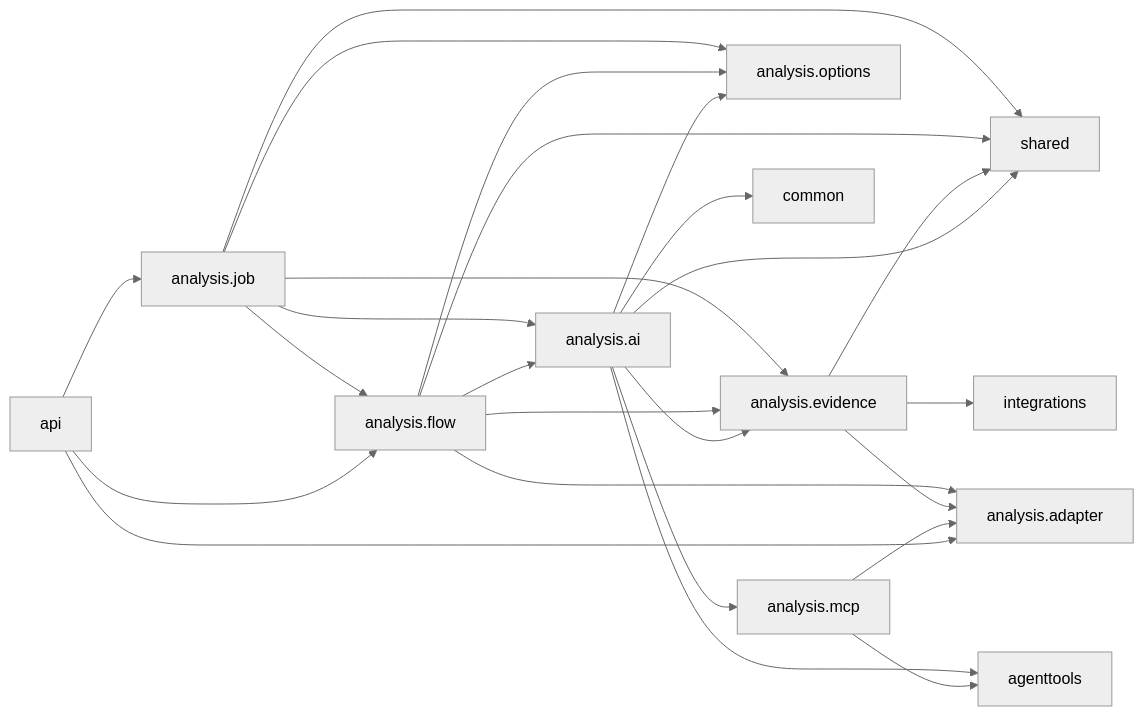
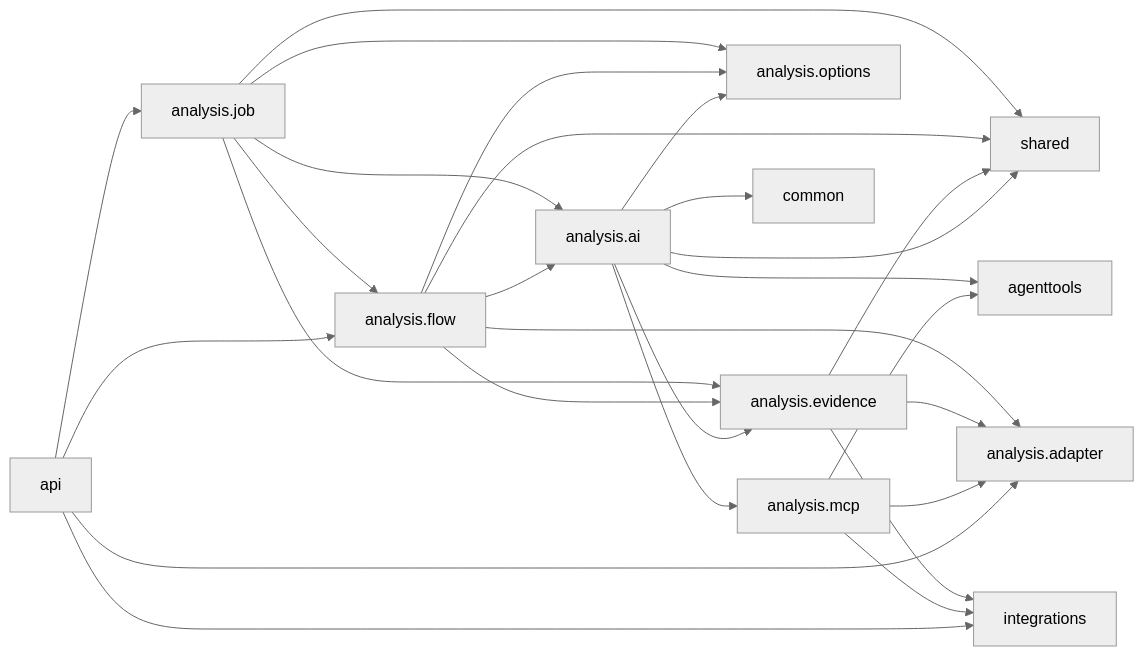
Before and after one commit to herald-assistant/incident-tracker: the second of 2 diagrams in docs/architecture/05-package-dependencies.md, drawn with Mermaid (neutral theme). The commit also changed other lines of this file and 39 other files, not shown here.

````diff
--- a/docs/architecture/05-package-dependencies.md
+++ b/docs/architecture/05-package-dependencies.md
@@ -139,32 +139,34 @@
 ```mermaid
 flowchart LR
     JOB["analysis.job"] --> FLOW["analysis.flow"]
     JOB --> AI["analysis.ai"]
     JOB --> EVIDENCE["analysis.evidence"]
     JOB --> OPTIONS["analysis.options"]
     JOB --> SHARED["shared"]
 
     FLOW --> EVIDENCE
     FLOW --> AI
     FLOW --> OPTIONS
     FLOW --> ADAPTER["analysis.adapter"]
     FLOW --> SHARED
 
     EVIDENCE --> ADAPTER
     EVIDENCE --> INTEGRATIONS["integrations"]
     EVIDENCE --> SHARED
 
     AI --> MCP["analysis.mcp"]
     AI --> AGENTTOOLS["agenttools"]
     AI --> EVIDENCE
     AI --> OPTIONS
     AI --> COMMON["common"]
     AI --> SHARED
 
     MCP --> ADAPTER
+    MCP --> INTEGRATIONS
     MCP --> AGENTTOOLS
 
     API["api"] --> ADAPTER
+    API --> INTEGRATIONS
     API --> FLOW
     API --> JOB
 ```
````
